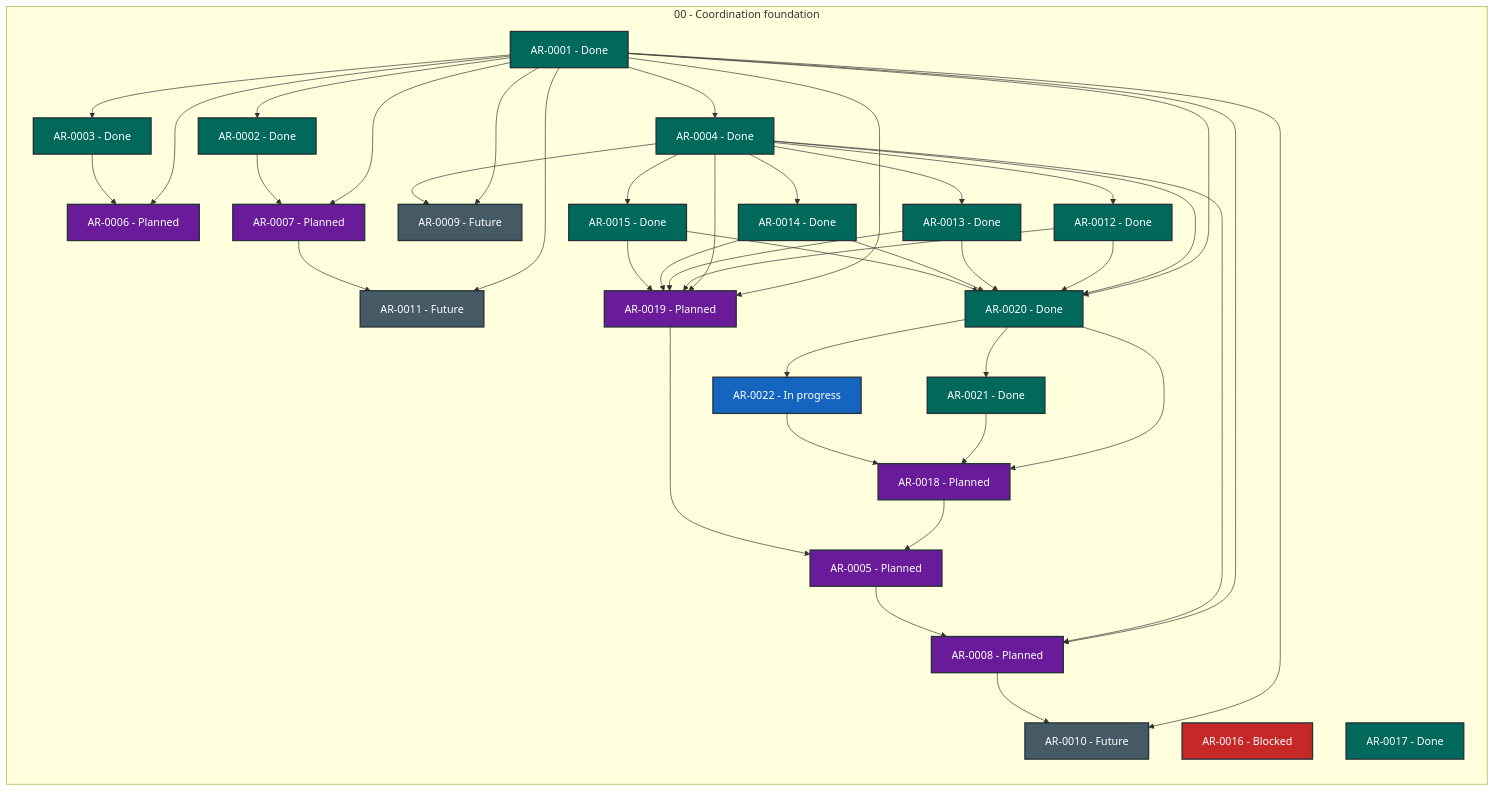
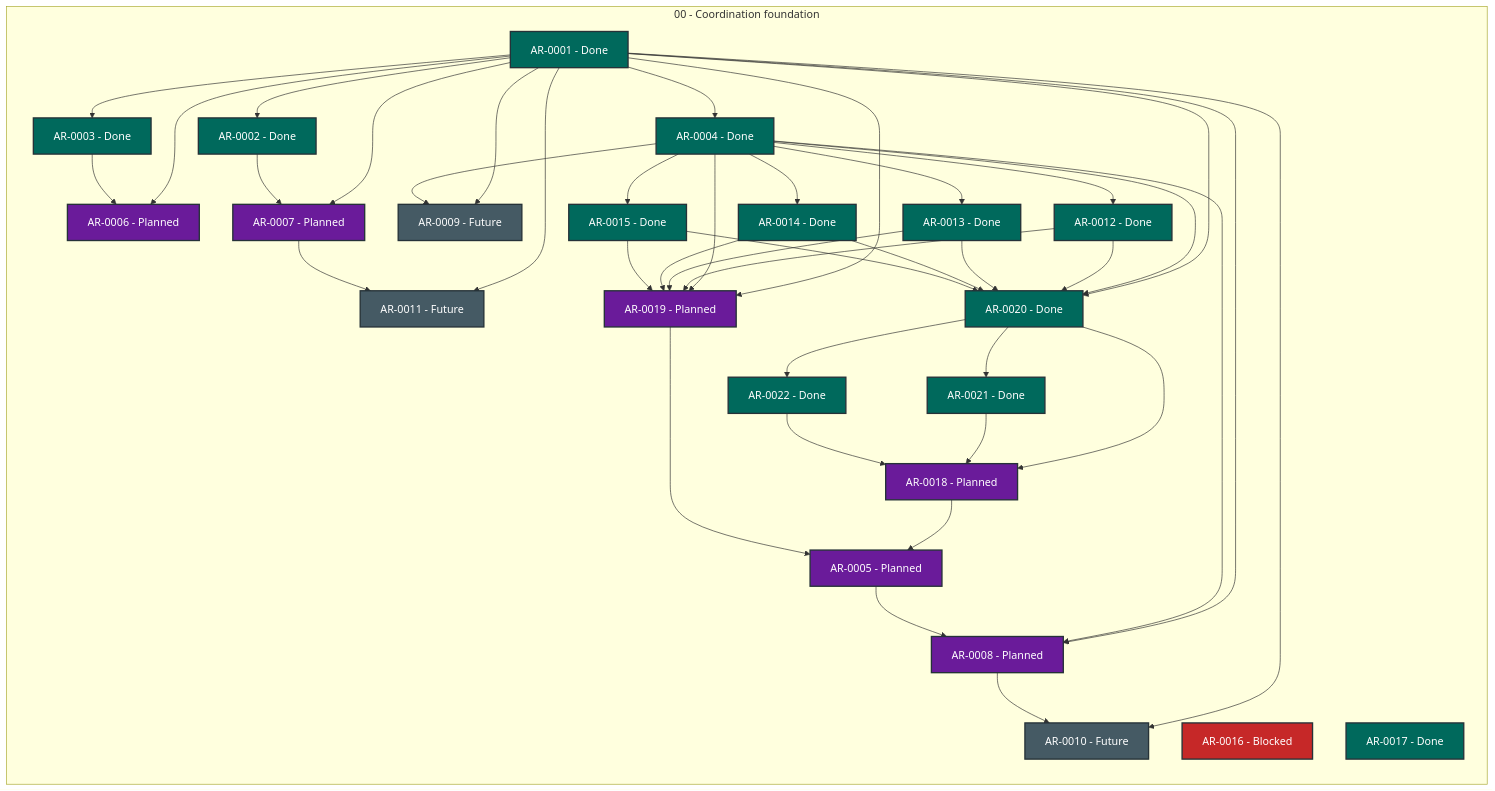
One commit to martin-beck/agent-workflow-quality-state changed the diagram in STATUS.md. Above: the diagram before and after it, drawn with Mermaid. The commit also changed other lines of this file and 2 other files, not shown here.

````diff
--- a/STATUS.md
+++ b/STATUS.md
@@ -27,75 +27,75 @@
 ```mermaid
 flowchart LR
     subgraph series_00["00 - Coordination foundation"]
         direction TB
         AR_0001["AR-0001 - Done"]:::status_done
         AR_0002["AR-0002 - Done"]:::status_done
         AR_0003["AR-0003 - Done"]:::status_done
         AR_0004["AR-0004 - Done"]:::status_done
         AR_0005["AR-0005 - Planned"]:::status_planned
         AR_0006["AR-0006 - Planned"]:::status_planned
         AR_0007["AR-0007 - Planned"]:::status_planned
         AR_0008["AR-0008 - Planned"]:::status_planned
         AR_0009["AR-0009 - Future"]:::status_future
         AR_0010["AR-0010 - Future"]:::status_future
         AR_0011["AR-0011 - Future"]:::status_future
         AR_0012["AR-0012 - Done"]:::status_done
         AR_0013["AR-0013 - Done"]:::status_done
         AR_0014["AR-0014 - Done"]:::status_done
         AR_0015["AR-0015 - Done"]:::status_done
         AR_0016["AR-0016 - Blocked"]:::status_blocked
         AR_0017["AR-0017 - Done"]:::status_done
         AR_0018["AR-0018 - Planned"]:::status_planned
         AR_0019["AR-0019 - Planned"]:::status_planned
         AR_0020["AR-0020 - Done"]:::status_done
         AR_0021["AR-0021 - Done"]:::status_done
-        AR_0022["AR-0022 - In progress"]:::status_in_progress
+        AR_0022["AR-0022 - Done"]:::status_done
     end
     AR_0001 --> AR_0002
     AR_0001 --> AR_0003
     AR_0001 --> AR_0004
     AR_0001 --> AR_0006
     AR_0001 --> AR_0007
     AR_0001 --> AR_0008
     AR_0001 --> AR_0009
     AR_0001 --> AR_0010
     AR_0001 --> AR_0011
     AR_0001 --> AR_0019
     AR_0001 --> AR_0020
     AR_0002 --> AR_0007
     AR_0003 --> AR_0006
     AR_0004 --> AR_0008
     AR_0004 --> AR_0009
     AR_0004 --> AR_0012
     AR_0004 --> AR_0013
     AR_0004 --> AR_0014
     AR_0004 --> AR_0015
     AR_0004 --> AR_0019
     AR_0004 --> AR_0020
     AR_0005 --> AR_0008
     AR_0007 --> AR_0011
     AR_0008 --> AR_0010
     AR_0012 --> AR_0019
     AR_0012 --> AR_0020
     AR_0013 --> AR_0019
     AR_0013 --> AR_0020
     AR_0014 --> AR_0019
     AR_0014 --> AR_0020
     AR_0015 --> AR_0019
     AR_0015 --> AR_0020
     AR_0018 --> AR_0005
     AR_0019 --> AR_0005
     AR_0020 --> AR_0018
     AR_0020 --> AR_0021
     AR_0020 --> AR_0022
     AR_0021 --> AR_0018
     AR_0022 --> AR_0018
     classDef status_in_progress fill:#1565c0,color:#ffffff,stroke:#263238,stroke-width:2px
     classDef status_open fill:#2e7d32,color:#ffffff,stroke:#263238,stroke-width:2px
     classDef status_blocked fill:#c62828,color:#ffffff,stroke:#263238,stroke-width:2px
     classDef status_planned fill:#6a1b9a,color:#ffffff,stroke:#263238,stroke-width:2px
     classDef status_future fill:#455a64,color:#ffffff,stroke:#263238,stroke-width:2px
     classDef status_done fill:#00695c,color:#ffffff,stroke:#263238,stroke-width:2px
     classDef status_cancelled fill:#616161,color:#ffffff,stroke:#263238,stroke-width:2px
     classDef status_superseded fill:#5d4037,color:#ffffff,stroke:#263238,stroke-width:2px
 ```
````
